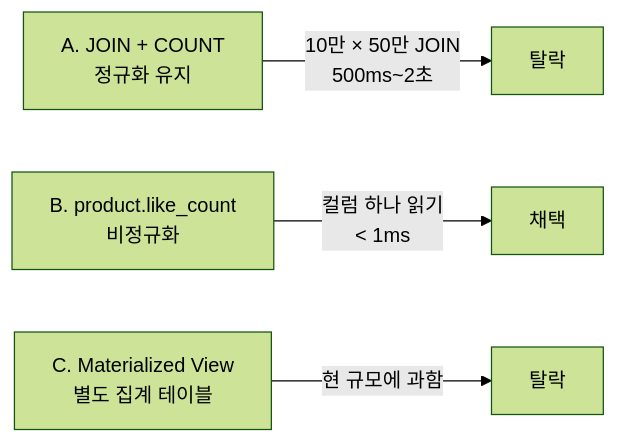
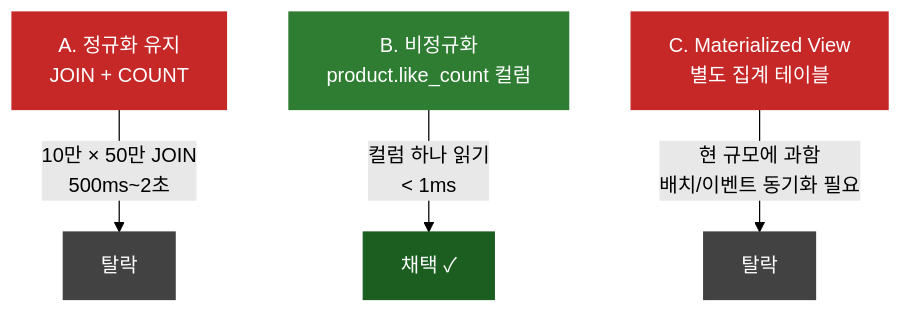
Before and after one commit to hyungkishin/hyungkishin.github.io: the third of 10 diagrams in contents/posts/roopers/technical-writing/round5/index.md, drawn with Mermaid (forest theme). The commit also changed other lines of this file, not shown here.

````diff
--- a/contents/posts/roopers/technical-writing/round5/index.md
+++ b/contents/posts/roopers/technical-writing/round5/index.md
@@ -116,6 +188,13 @@
 ```mermaid
-graph LR
-    A["A. JOIN + COUNT<br/>정규화 유지"] -->|"10만 × 50만 JOIN<br/>500ms~2초"| X["탈락"]
-    B["B. product.like_count<br/>비정규화"] -->|"컬럼 하나 읽기<br/>< 1ms"| Y["채택"]
-    C["C. Materialized View<br/>별도 집계 테이블"] -->|"현 규모에 과함"| Z["탈락"]
+graph TD
+    A["A. 정규화 유지<br/>JOIN + COUNT"] -->|"10만 × 50만 JOIN<br/>500ms~2초"| X["탈락"]
+    B["B. 비정규화<br/>product.like_count 컬럼"] -->|"컬럼 하나 읽기<br/>< 1ms"| Y["채택 ✓"]
+    C["C. Materialized View<br/>별도 집계 테이블"] -->|"현 규모에 과함<br/>배치/이벤트 동기화 필요"| Z["탈락"]
+
+    style A fill:#c62828,stroke:#c62828,color:#fff
+    style B fill:#2e7d32,stroke:#2e7d32,color:#fff
+    style C fill:#c62828,stroke:#c62828,color:#fff
+    style X fill:#424242,stroke:#424242,color:#fff
+    style Y fill:#1b5e20,stroke:#1b5e20,color:#fff
+    style Z fill:#424242,stroke:#424242,color:#fff
 ```
````
